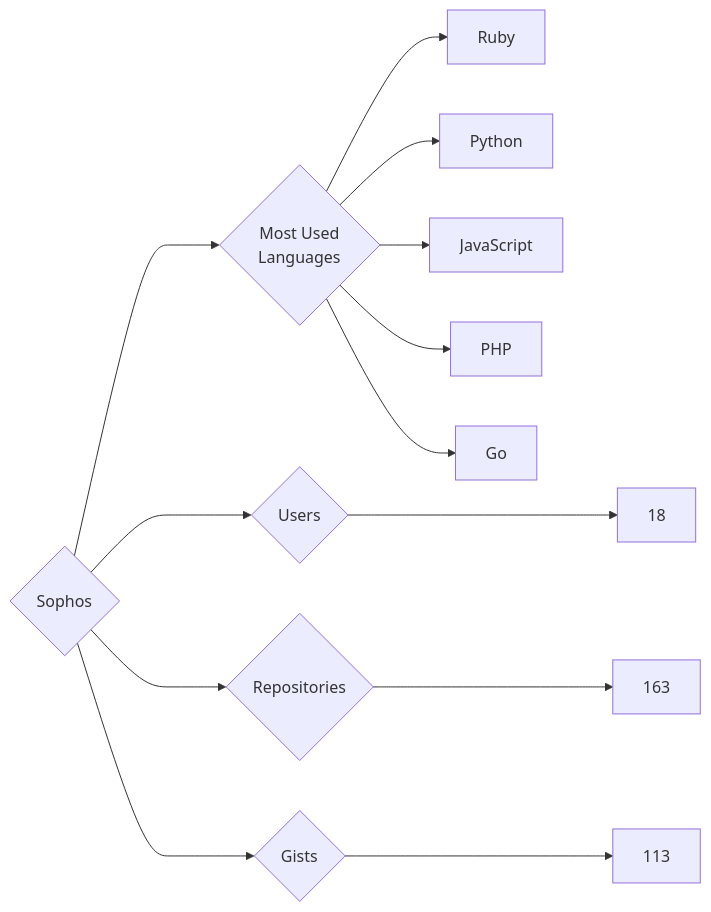
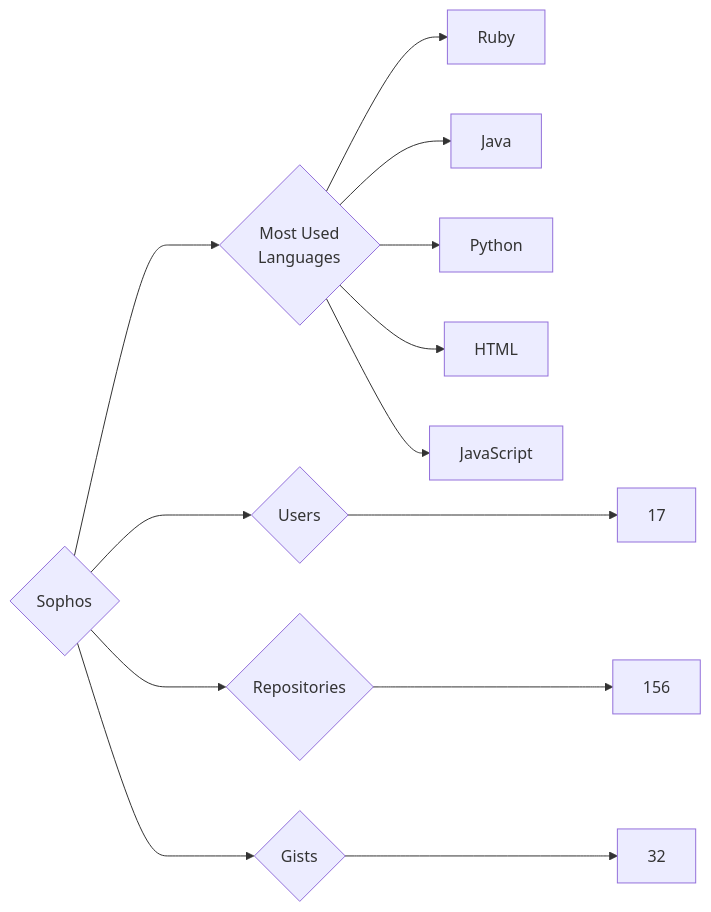
Before and after one commit to trickest/insiders: the diagram in targets/Sophos/README.md, drawn with Mermaid. The commit also changed 995 other files, not shown here.

````diff
--- a/targets/Sophos/README.md
+++ b/targets/Sophos/README.md
@@ -3,13 +3,13 @@
 ```mermaid
 graph LR
 COMPANY_NAME{Sophos}
-COMPANY_NAME ---> U{Users} ---> UN[18]
-COMPANY_NAME ---> R{Repositories} ---> RN[163]
-COMPANY_NAME ---> G{Gists} ---> GN[113]
+COMPANY_NAME ---> U{Users} ---> UN[17]
+COMPANY_NAME ---> R{Repositories} ---> RN[156]
+COMPANY_NAME ---> G{Gists} ---> GN[32]
 COMPANY_NAME ---> ML{Most Used<br>Languages}
 ML --> Ruby[Ruby]
+ML --> Java[Java]
 ML --> Python[Python]
+ML --> HTML[HTML]
 ML --> JavaScript[JavaScript]
-ML --> PHP[PHP]
-ML --> Go[Go]
 ```
````
